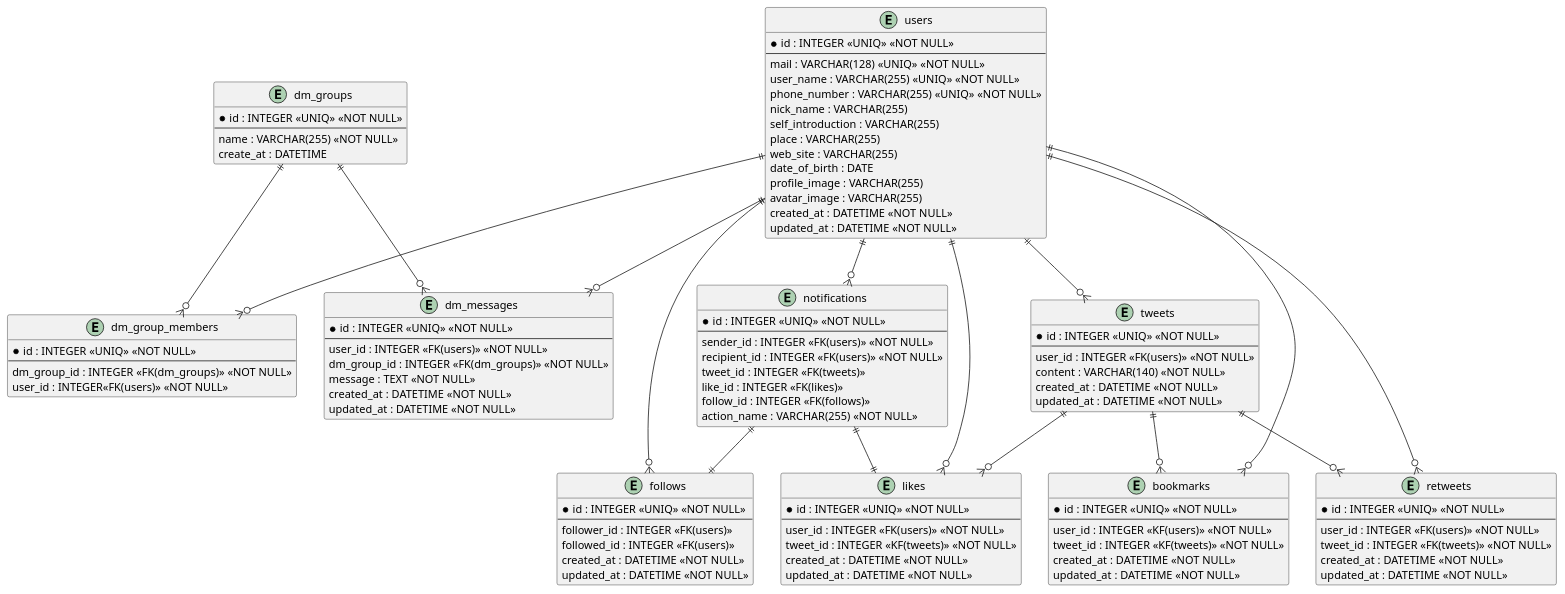
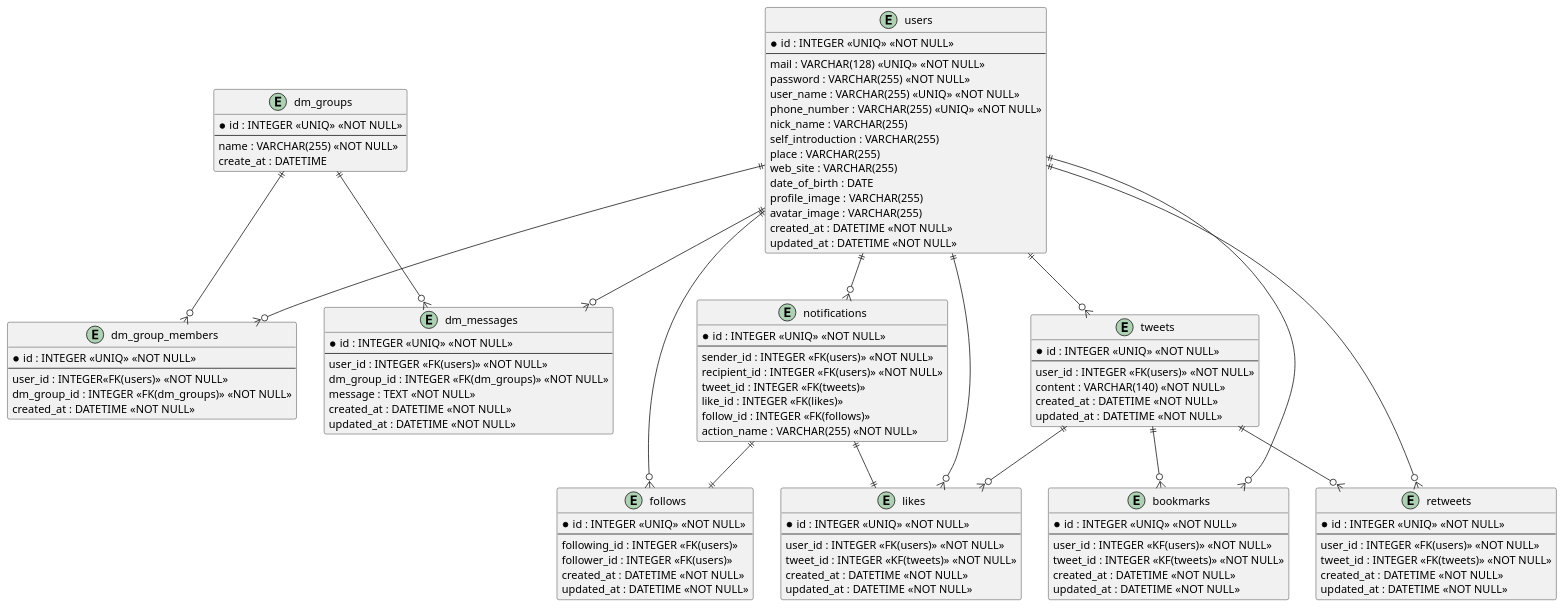
Before and after one commit to iwariku/hc_practice: the diagram in twitter_erd/twitter_erd.puml, drawn with PlantUML.

Commit message:
refactor: passwordカラムの追加と、カラムの順番変更

```diff
--- a/twitter_erd/twitter_erd.puml
+++ b/twitter_erd/twitter_erd.puml
@@ -1,177 +1,179 @@
 @startuml
 ' ユーザーテーブル
 entity "users" as users {
   *id : INTEGER <<UNIQ>> <<NOT NULL>>
   --
   mail : VARCHAR(128) <<UNIQ>> <<NOT NULL>>
+  password : VARCHAR(255) <<NOT NULL>>
   user_name : VARCHAR(255) <<UNIQ>> <<NOT NULL>>
   phone_number : VARCHAR(255) <<UNIQ>> <<NOT NULL>>
   nick_name : VARCHAR(255)
   self_introduction : VARCHAR(255)
   place : VARCHAR(255)
   web_site : VARCHAR(255)
   date_of_birth : DATE
   profile_image : VARCHAR(255)
   avatar_image : VARCHAR(255)
   created_at : DATETIME <<NOT NULL>>
   updated_at : DATETIME <<NOT NULL>>
 }
 
 ' フォロー、フォロワーテーブル
 ' 中間テーブル
 entity "follows" as follows {
   *id : INTEGER <<UNIQ>> <<NOT NULL>>
   --
+  following_id : INTEGER <<FK(users)>>
   follower_id : INTEGER <<FK(users)>>
-  followed_id : INTEGER <<FK(users)>>
   created_at : DATETIME <<NOT NULL>>
   updated_at : DATETIME <<NOT NULL>>
 }
 
 ' ツイートテーブル
 entity "tweets" as tweets {
   *id : INTEGER <<UNIQ>> <<NOT NULL>>
   --
   user_id : INTEGER <<FK(users)>> <<NOT NULL>>
   content : VARCHAR(140) <<NOT NULL>>
   created_at : DATETIME <<NOT NULL>>
   updated_at : DATETIME <<NOT NULL>>
 }
 
 ' いいねテーブル
 entity "likes" as likes {
   *id : INTEGER <<UNIQ>> <<NOT NULL>>
   --
   user_id : INTEGER <<FK(users)>> <<NOT NULL>>
   tweet_id : INTEGER <<KF(tweets)>> <<NOT NULL>>
   created_at : DATETIME <<NOT NULL>>
   updated_at : DATETIME <<NOT NULL>>
 }
 
 ' ブックマークテーブル
 entity "bookmarks" as bookmarks {
   *id : INTEGER <<UNIQ>> <<NOT NULL>>
   --
   user_id : INTEGER <<KF(users)>> <<NOT NULL>>
   tweet_id : INTEGER <<KF(tweets)>> <<NOT NULL>>
   created_at : DATETIME <<NOT NULL>>
   updated_at : DATETIME <<NOT NULL>>
 }
 
 ' リツイートテーブル
 entity "retweets" as retweets {
   *id : INTEGER <<UNIQ>> <<NOT NULL>>
   --
   user_id : INTEGER <<FK(users)>> <<NOT NULL>>
   tweet_id : INTEGER <<FK(tweets)>> <<NOT NULL>>
   created_at : DATETIME <<NOT NULL>>
   updated_at : DATETIME <<NOT NULL>>
 }
 
 ' 通知テーブル
 entity "notifications" as notifications {
   *id : INTEGER <<UNIQ>> <<NOT NULL>>
   --
   sender_id : INTEGER <<FK(users)>> <<NOT NULL>>
   recipient_id : INTEGER <<FK(users)>> <<NOT NULL>>
   tweet_id : INTEGER <<FK(tweets)>>
   like_id : INTEGER <<FK(likes)>>
   follow_id : INTEGER <<FK(follows)>>
   action_name : VARCHAR(255) <<NOT NULL>>
 }
 
 ' ----------- 今回修正したDMに関数テーブル --------------
 ' DMのグループ
 entity "dm_groups" as dm_groups {
   *id : INTEGER <<UNIQ>> <<NOT NULL>>
   --
   name : VARCHAR(255) <<NOT NULL>>
   create_at : DATETIME
 }
 
 ' DMのグループメンバー
 entity "dm_group_members" as dm_group_members {
   *id : INTEGER <<UNIQ>> <<NOT NULL>>
   --
+  user_id : INTEGER<<FK(users)>> <<NOT NULL>>
   dm_group_id : INTEGER <<FK(dm_groups)>> <<NOT NULL>>
-  user_id : INTEGER<<FK(users)>> <<NOT NULL>>
+  created_at : DATETIME <<NOT NULL>>
 }
 
 ' DMテーブル
 entity "dm_messages" as dm_messages {
   *id : INTEGER <<UNIQ>> <<NOT NULL>>
   --
   user_id : INTEGER <<FK(users)>> <<NOT NULL>>
   dm_group_id : INTEGER <<FK(dm_groups)>> <<NOT NULL>>
   message : TEXT <<NOT NULL>>
   created_at : DATETIME <<NOT NULL>>
   updated_at : DATETIME <<NOT NULL>>
 }
 ' ----------------------------------------------
 
 '---------- 1対多 ----------
 'ユーザー1人というレコード 1対多 他のレコード
 ' ツイート
 ' フォロー、フォロワー、
 ' DM
 ' 通知
 ' いいね
 ' ブックマーク
 ' リツイート
 
 'ツイート1つというレコード 1対多 他のレコード
 ' いいね
 ' ブックマーク
 ' リツイート
 
 '---------- 1対1 ----------
 ' 1いいねされたら、1通知
 ' 1フォローされたら、1通知
 
 
 'ユーザー1人が、多数のツイートを持つ
 users ||--o{ tweets
 
 ' --------------------------------------------------------
 
 'ユーザーは複数のグループに所属し、複数のメッセージを書く
 users ||--o{ dm_group_members
 users ||--o{ dm_messages
 
 ' グループは複数のメンバーを持ち、複数のメッセージを保持する
 dm_groups ||-o{ dm_group_members
 dm_groups ||--o{ dm_messages
 
 ' --------------------------------------------------------
 
 
 'ユーザー1人が、多数のフォロー、フォロワーを持つ
 users ||--o{ follows
 
 'ユーザー1人が、多数の通知を持つ
 users ||--o{ notifications
 
 'ユーザー1人が、多数のいいねアクションを持つ
 users ||--o{ likes
 
 'ユーザー1人が、多数のブックマークアクションを持つ
 users ||--o{ bookmarks
 
 'ユーザー1人が、多数のリツイートアクションを持つ
 users ||--o{ retweets
 
 'ツイート1つに対して、多数のいいねをもてる
 tweets ||--o{ likes
 
 'ツイート1つに対して、多数のブックマークをもてる
 tweets ||--o{ bookmarks
 
 'ツイート1つに対して、多数のリツイートをもてる
 tweets ||--o{ retweets
 
 ' 1いいねされたら、1通知
 notifications ||--|| likes
 
 ' 1フォローされたら、1通知
 notifications ||--|| follows
 @enduml
```
